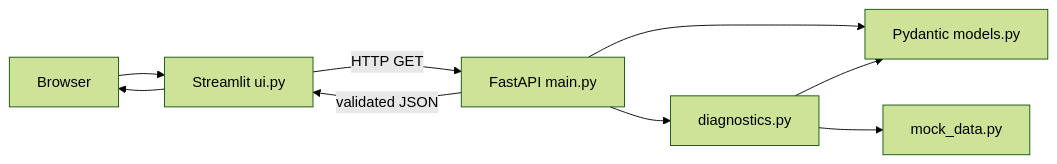
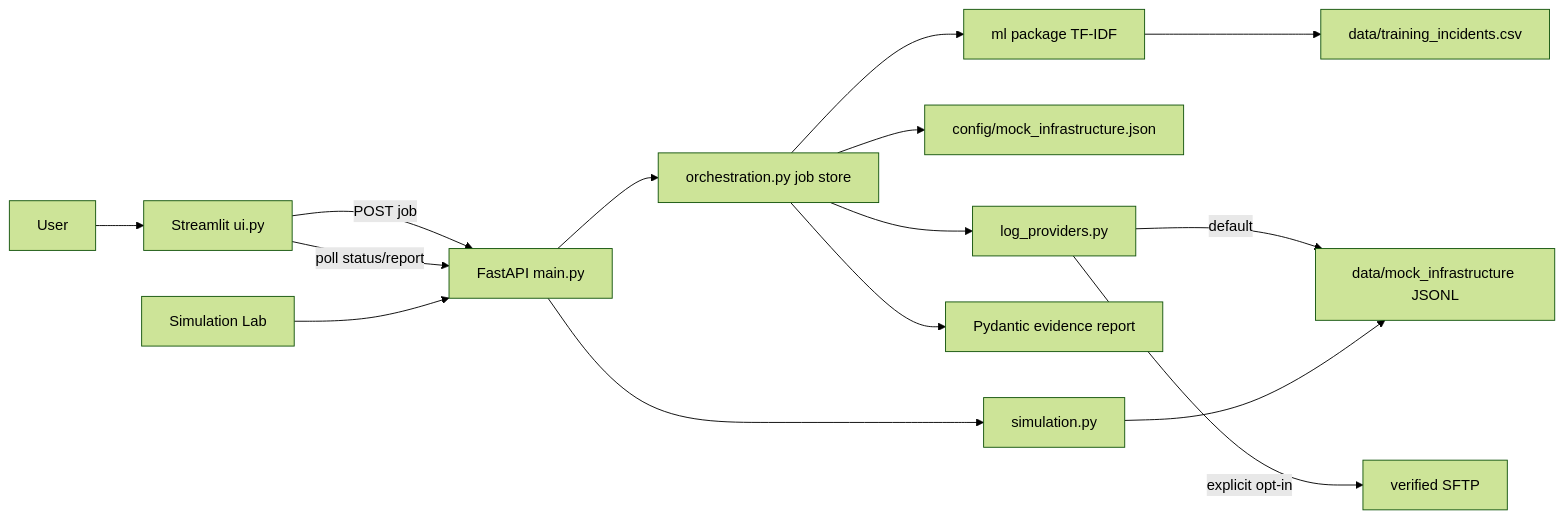
One commit to SrivasthaviDeveloper/LogLensAI changed the diagram in README.md. Above: the diagram before and after it, drawn with Mermaid (forest theme). The commit also changed other lines of this file and 61 other files, not shown here.

````diff
--- a/README.md
+++ b/README.md
@@ -18,11 +18,17 @@
 ```mermaid
 flowchart LR
-    Browser --> UI[Streamlit ui.py]
-    UI -->|HTTP GET| API[FastAPI main.py]
-    API --> Models[Pydantic models.py]
-    API --> Engine[diagnostics.py]
-    Engine --> Data[mock_data.py]
-    Engine --> Models
-    API -->|validated JSON| UI
-    UI --> Browser
+  User --> UI[Streamlit ui.py]
+  UI -->|POST job| API[FastAPI main.py]
+  UI -->|poll status/report| API
+  API --> Jobs[orchestration.py job store]
+  Jobs --> Classifier[ml package TF-IDF]
+  Classifier --> CSV[data/training_incidents.csv]
+  Jobs --> Registry[config/mock_infrastructure.json]
+  Jobs --> Provider[log_providers.py]
+  Provider -->|default| JSONL[data/mock_infrastructure JSONL]
+  Provider -->|explicit opt-in| SFTP[verified SFTP]
+  Jobs --> Report[Pydantic evidence report]
+  API --> Sim[simulation.py]
+  Sim --> JSONL
+  SimUI[Simulation Lab] --> API
 ```
````
